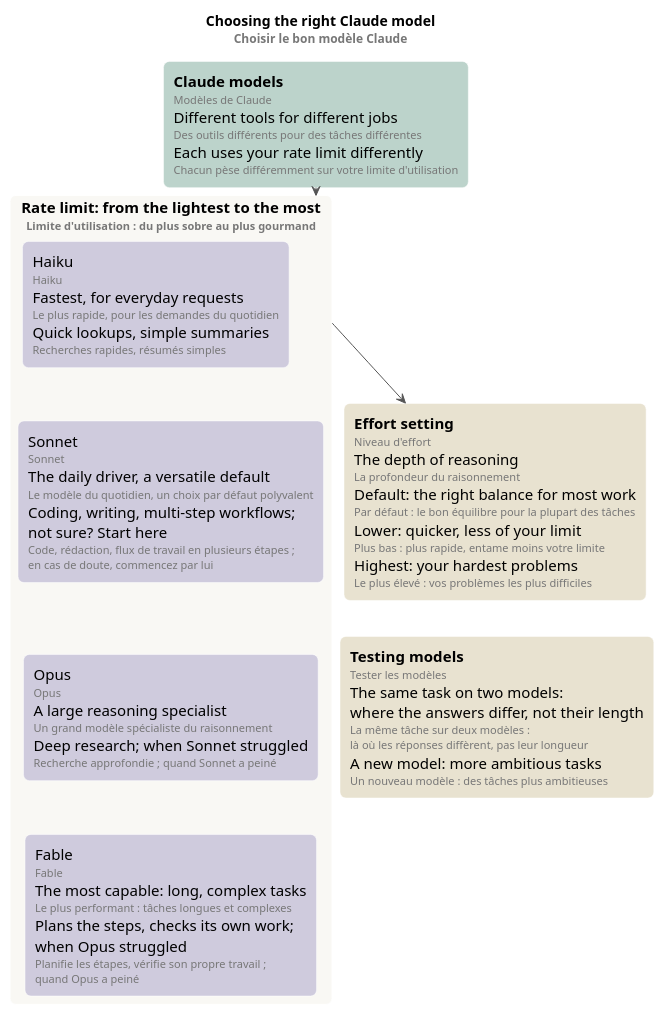
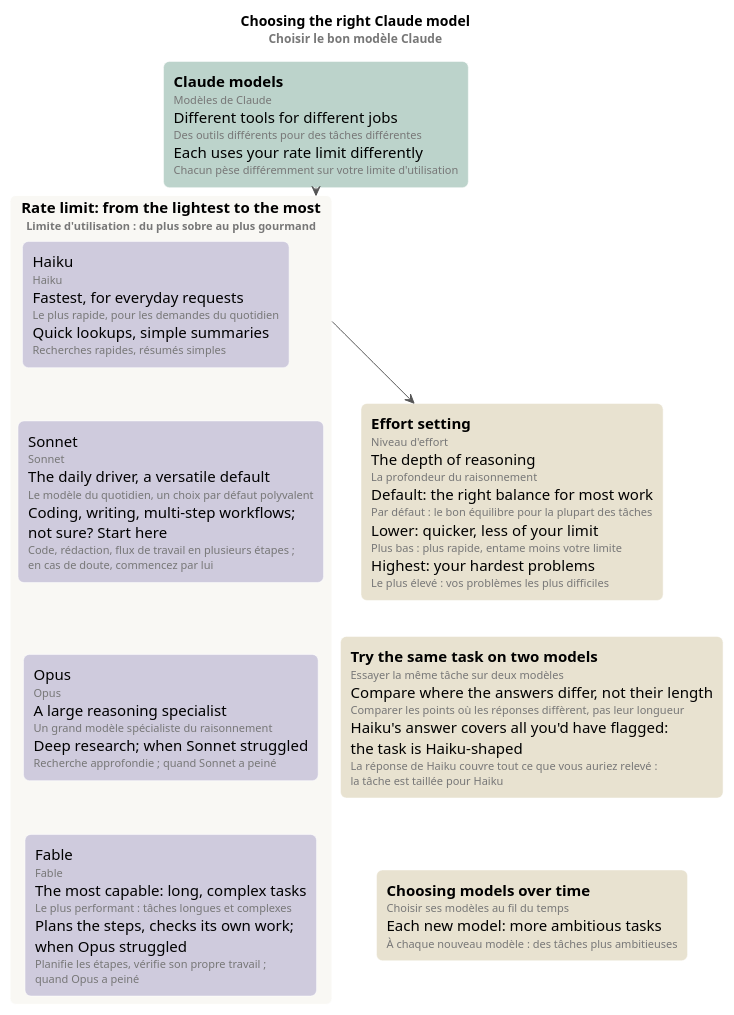
Before and after one commit to ltruchot/anthropic-academy-ai-glossary: the diagram in 04-choosing-the-right-claude-model/mindmap/four-models.puml, drawn with PlantUML. The commit also changed 3 other files, not shown here.

Commit message:
docs: four models map, the course's own section titles and the Haiku-shaped test

```diff
--- a/04-choosing-the-right-claude-model/mindmap/four-models.puml
+++ b/04-choosing-the-right-claude-model/mindmap/four-models.puml
@@ -1,43 +1,46 @@
 @startuml four-models
 ' Render: plantuml -tpng four-models.puml, then -tsvg (smetana: no Graphviz needed).
 !pragma layout smetana
 
 skinparam defaultFontName Helvetica
 skinparam shadowing false
 skinparam roundCorner 12
 skinparam ArrowColor #555555
 skinparam rectangle {
   BorderColor #FFFFFF
   FontSize 15
 }
 <style>
 rectangle {
   MinimumWidth 230
 }
 </style>
 
 title Choosing the right Claude model\n<size:12><color:#777>Choisir le bon modèle Claude</color></size>
 
 rectangle "**Claude models**\n<size:11><color:#777>Modèles de Claude</color></size>\nDifferent tools for different jobs\n<size:11><color:#777>Des outils différents pour des tâches différentes</color></size>\nEach uses your rate limit differently\n<size:11><color:#777>Chacun pèse différemment sur votre limite d'utilisation</color></size>" as CM #BCD3CB
 
 rectangle "**Rate limit**: from the lightest to the most\n<size:11><color:#777>Limite d'utilisation : du plus sobre au plus gourmand</color></size>" as RANGE #F9F8F4 {
   rectangle "Haiku\n<size:11><color:#777>Haiku</color></size>\nFastest, for everyday requests\n<size:11><color:#777>Le plus rapide, pour les demandes du quotidien</color></size>\nQuick lookups, simple summaries\n<size:11><color:#777>Recherches rapides, résumés simples</color></size>" as HA #CFCBDD
   rectangle "Sonnet\n<size:11><color:#777>Sonnet</color></size>\nThe daily driver, a versatile default\n<size:11><color:#777>Le modèle du quotidien, un choix par défaut polyvalent</color></size>\nCoding, writing, multi-step workflows;\nnot sure? Start here\n<size:11><color:#777>Code, rédaction, flux de travail en plusieurs étapes ;</color></size>\n<size:11><color:#777>en cas de doute, commencez par lui</color></size>" as SO #CFCBDD
   rectangle "Opus\n<size:11><color:#777>Opus</color></size>\nA large reasoning specialist\n<size:11><color:#777>Un grand modèle spécialiste du raisonnement</color></size>\nDeep research; when Sonnet struggled\n<size:11><color:#777>Recherche approfondie ; quand Sonnet a peiné</color></size>" as OP #CFCBDD
   rectangle "Fable\n<size:11><color:#777>Fable</color></size>\nThe most capable: long, complex tasks\n<size:11><color:#777>Le plus performant : tâches longues et complexes</color></size>\nPlans the steps, checks its own work;\nwhen Opus struggled\n<size:11><color:#777>Planifie les étapes, vérifie son propre travail ;</color></size>\n<size:11><color:#777>quand Opus a peiné</color></size>" as FA #CFCBDD
 }
 
 rectangle "**Effort setting**\n<size:11><color:#777>Niveau d'effort</color></size>\nThe depth of reasoning\n<size:11><color:#777>La profondeur du raisonnement</color></size>\nDefault: the right balance for most work\n<size:11><color:#777>Par défaut : le bon équilibre pour la plupart des tâches</color></size>\nLower: quicker, less of your limit\n<size:11><color:#777>Plus bas : plus rapide, entame moins votre limite</color></size>\nHighest: your hardest problems\n<size:11><color:#777>Le plus élevé : vos problèmes les plus difficiles</color></size>" as EF #E8E2D0
 
-rectangle "**Testing models**\n<size:11><color:#777>Tester les modèles</color></size>\nThe same task on two models:\nwhere the answers differ, not their length\n<size:11><color:#777>La même tâche sur deux modèles :</color></size>\n<size:11><color:#777>là où les réponses diffèrent, pas leur longueur</color></size>\nA new model: more ambitious tasks\n<size:11><color:#777>Un nouveau modèle : des tâches plus ambitieuses</color></size>" as TE #E8E2D0
+rectangle "**Try the same task on two models**\n<size:11><color:#777>Essayer la même tâche sur deux modèles</color></size>\nCompare where the answers differ, not their length\n<size:11><color:#777>Comparer les points où les réponses diffèrent, pas leur longueur</color></size>\nHaiku's answer covers all you'd have flagged:\nthe task is Haiku-shaped\n<size:11><color:#777>La réponse de Haiku couvre tout ce que vous auriez relevé :</color></size>\n<size:11><color:#777>la tâche est taillée pour Haiku</color></size>" as TE #E8E2D0
+
+rectangle "**Choosing models over time**\n<size:11><color:#777>Choisir ses modèles au fil du temps</color></size>\nEach new model: more ambitious tasks\n<size:11><color:#777>À chaque nouveau modèle : des tâches plus ambitieuses</color></size>" as TI #E8E2D0
 
 ' The course's order, top to bottom.
 HA -[hidden]down- SO
 SO -[hidden]down- OP
 OP -[hidden]down- FA
 
 CM --> RANGE
 RANGE --> EF
 EF -[hidden]down- TE
+TE -[hidden]down- TI
 
 @enduml
```
